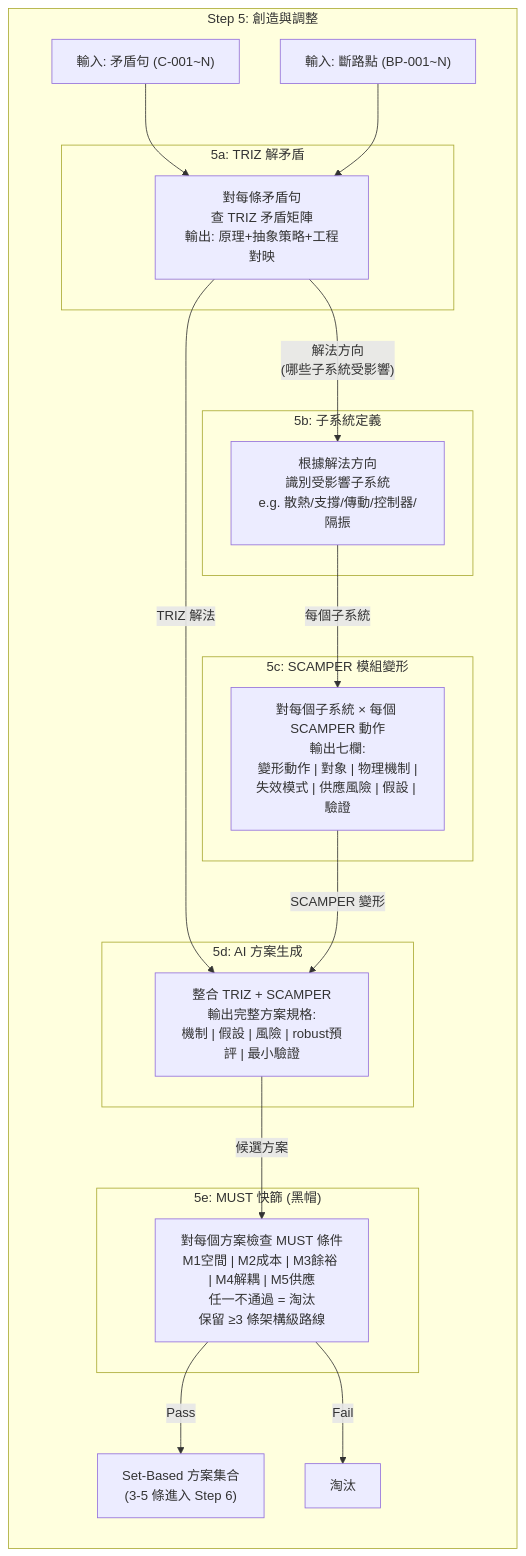
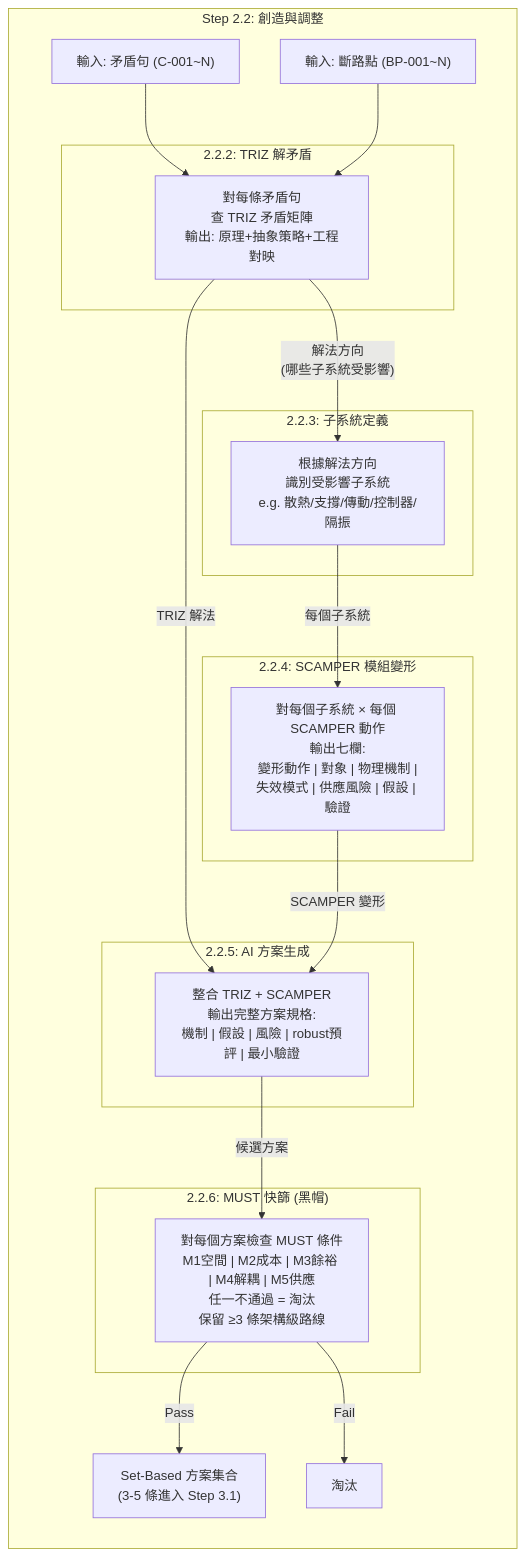
Before and after one commit to Zenobia000/AutoTRIZ_smart_design: the second of 2 diagrams in docs/raw/RD_Design_Copilot_State_Machine.md, drawn with Mermaid. The commit also changed other lines of this file and 147 other files, not shown here.

First line of the commit message:
feat(triz): add unified 3-path TRIZ solve engine with rule-based KB lookup

````diff
--- a/docs/raw/RD_Design_Copilot_State_Machine.md
+++ b/docs/raw/RD_Design_Copilot_State_Machine.md
@@ -86,41 +86,41 @@
 ```mermaid
 flowchart TB
-    subgraph "Step 5: 創造與調整"
+    subgraph "Step 2.2: 創造與調整"
         direction TB
 
-        IN_C["輸入: 矛盾句 (C-001~N)"] --> S5A
-        IN_BP["輸入: 斷路點 (BP-001~N)"] --> S5A
+        IN_C["輸入: 矛盾句 (C-001~N)"] --> S2_2_2
+        IN_BP["輸入: 斷路點 (BP-001~N)"] --> S2_2_2
 
-        subgraph "5a: TRIZ 解矛盾"
-            S5A["對每條矛盾句<br/>查 TRIZ 矛盾矩陣<br/>輸出: 原理+抽象策略+工程對映"]
+        subgraph "2.2.2: TRIZ 解矛盾"
+            S2_2_2["對每條矛盾句<br/>查 TRIZ 矛盾矩陣<br/>輸出: 原理+抽象策略+工程對映"]
         end
 
-        S5A -->|"解法方向<br/>(哪些子系統受影響)"| S5B
+        S2_2_2 -->|"解法方向<br/>(哪些子系統受影響)"| S2_2_3
 
-        subgraph "5b: 子系統定義"
-            S5B["根據解法方向<br/>識別受影響子系統<br/>e.g. 散熱/支撐/傳動/控制器/隔振"]
+        subgraph "2.2.3: 子系統定義"
+            S2_2_3["根據解法方向<br/>識別受影響子系統<br/>e.g. 散熱/支撐/傳動/控制器/隔振"]
         end
 
-        S5B -->|"每個子系統"| S5C
+        S2_2_3 -->|"每個子系統"| S2_2_4
 
-        subgraph "5c: SCAMPER 模組變形"
-            S5C["對每個子系統 × 每個 SCAMPER 動作<br/>輸出七欄:<br/>變形動作 | 對象 | 物理機制 |<br/>失效模式 | 供應風險 | 假設 | 驗證"]
+        subgraph "2.2.4: SCAMPER 模組變形"
+            S2_2_4["對每個子系統 × 每個 SCAMPER 動作<br/>輸出七欄:<br/>變形動作 | 對象 | 物理機制 |<br/>失效模式 | 供應風險 | 假設 | 驗證"]
         end
 
-        S5A -->|"TRIZ 解法"| S5D
-        S5C -->|"SCAMPER 變形"| S5D
+        S2_2_2 -->|"TRIZ 解法"| S2_2_5
+        S2_2_4 -->|"SCAMPER 變形"| S2_2_5
 
-        subgraph "5d: AI 方案生成"
-            S5D["整合 TRIZ + SCAMPER<br/>輸出完整方案規格:<br/>機制 | 假設 | 風險 | robust預評 | 最小驗證"]
+        subgraph "2.2.5: AI 方案生成"
+            S2_2_5["整合 TRIZ + SCAMPER<br/>輸出完整方案規格:<br/>機制 | 假設 | 風險 | robust預評 | 最小驗證"]
         end
 
-        S5D -->|"候選方案"| S5E
+        S2_2_5 -->|"候選方案"| S2_2_6
 
-        subgraph "5e: MUST 快篩 (黑帽)"
-            S5E["對每個方案檢查 MUST 條件<br/>M1空間 | M2成本 | M3餘裕 | M4解耦 | M5供應<br/>任一不通過 = 淘汰<br/>保留 ≥3 條架構級路線"]
+        subgraph "2.2.6: MUST 快篩 (黑帽)"
+            S2_2_6["對每個方案檢查 MUST 條件<br/>M1空間 | M2成本 | M3餘裕 | M4解耦 | M5供應<br/>任一不通過 = 淘汰<br/>保留 ≥3 條架構級路線"]
         end
 
-        S5E -->|"Pass"| OUT_SB["Set-Based 方案集合<br/>(3-5 條進入 Step 6)"]
-        S5E -->|"Fail"| OUT_ELIM["淘汰"]
+        S2_2_6 -->|"Pass"| OUT_SB["Set-Based 方案集合<br/>(3-5 條進入 Step 3.1)"]
+        S2_2_6 -->|"Fail"| OUT_ELIM["淘汰"]
     end
 ```
````
